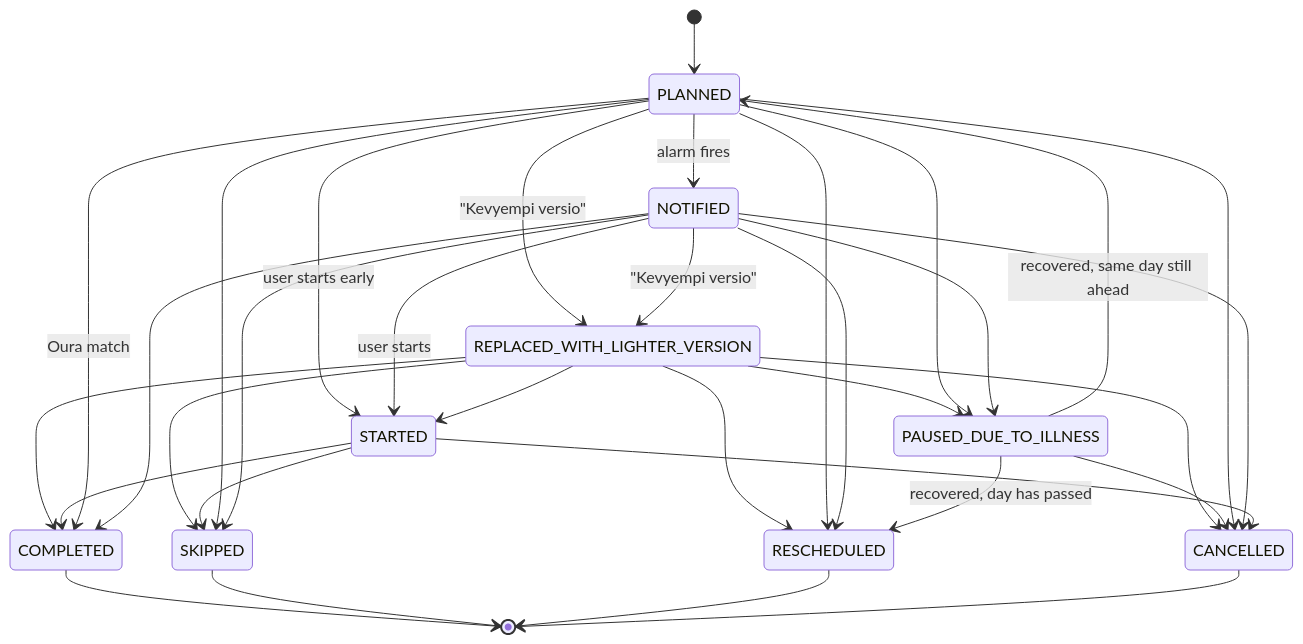
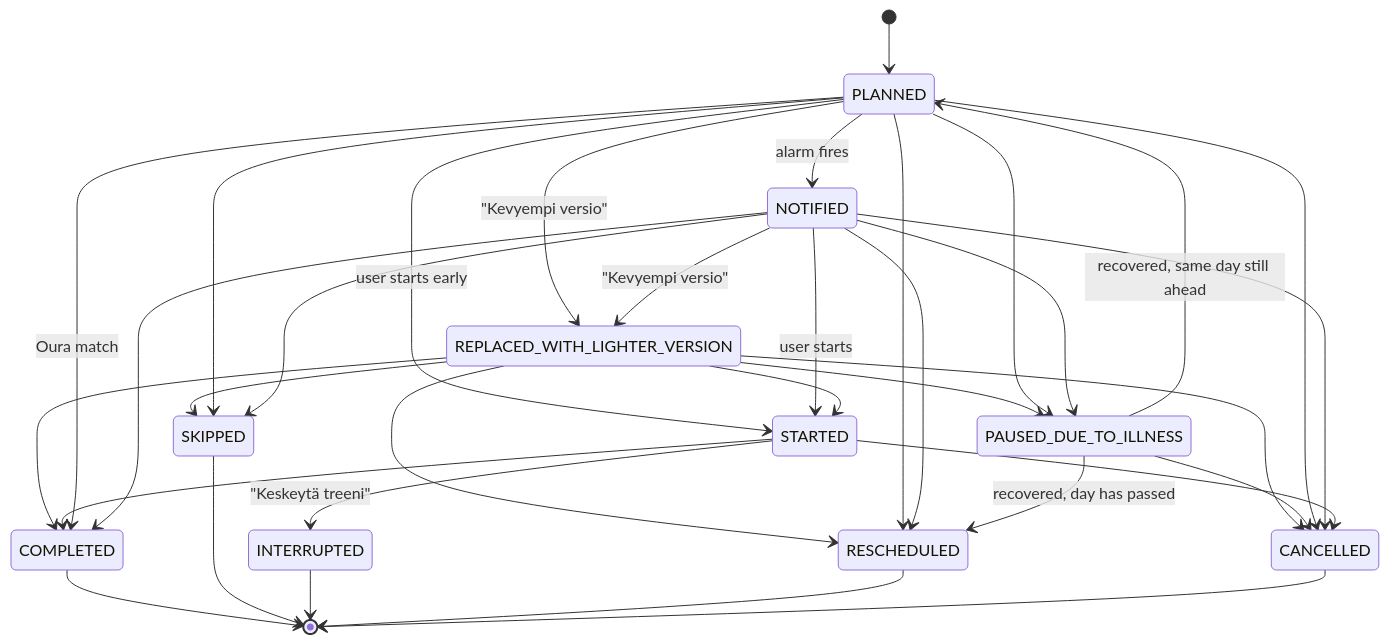
One commit to merilainen-star/Treenivalmentaja2000 changed the diagram in docs/TRAINING_ENGINE.md. Above: the diagram before and after it, drawn with Mermaid. The commit also changed other lines of this file and 8 other files, not shown here.

First line of the commit message:
fix: let a started or interrupted session ask how it went

````diff
--- a/docs/TRAINING_ENGINE.md
+++ b/docs/TRAINING_ENGINE.md
@@ -40,35 +46,36 @@
 ```mermaid
 stateDiagram-v2
     [*] --> PLANNED
     PLANNED --> NOTIFIED: alarm fires
     PLANNED --> STARTED: user starts early
     NOTIFIED --> STARTED: user starts
     PLANNED --> REPLACED_WITH_LIGHTER_VERSION: "Kevyempi versio"
     NOTIFIED --> REPLACED_WITH_LIGHTER_VERSION: "Kevyempi versio"
     REPLACED_WITH_LIGHTER_VERSION --> STARTED
     REPLACED_WITH_LIGHTER_VERSION --> COMPLETED
     REPLACED_WITH_LIGHTER_VERSION --> SKIPPED
     REPLACED_WITH_LIGHTER_VERSION --> RESCHEDULED
     REPLACED_WITH_LIGHTER_VERSION --> PAUSED_DUE_TO_ILLNESS
     REPLACED_WITH_LIGHTER_VERSION --> CANCELLED
     STARTED --> COMPLETED
-    STARTED --> SKIPPED
+    STARTED --> INTERRUPTED: "Keskeytä treeni"
     PLANNED --> COMPLETED: Oura match
     NOTIFIED --> COMPLETED
     PLANNED --> SKIPPED
     NOTIFIED --> SKIPPED
     PLANNED --> RESCHEDULED
     NOTIFIED --> RESCHEDULED
     PLANNED --> PAUSED_DUE_TO_ILLNESS
     NOTIFIED --> PAUSED_DUE_TO_ILLNESS
     PAUSED_DUE_TO_ILLNESS --> PLANNED: recovered, same day still ahead
     PAUSED_DUE_TO_ILLNESS --> RESCHEDULED: recovered, day has passed
     PAUSED_DUE_TO_ILLNESS --> CANCELLED
     PLANNED --> CANCELLED
     NOTIFIED --> CANCELLED
     STARTED --> CANCELLED
     COMPLETED --> [*]
     SKIPPED --> [*]
+    INTERRUPTED --> [*]
     RESCHEDULED --> [*]
     CANCELLED --> [*]
 ```
````
